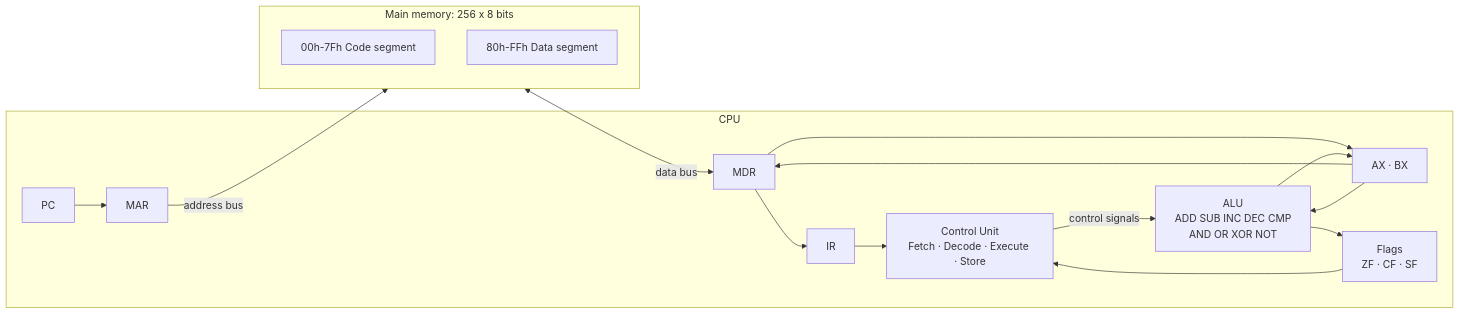
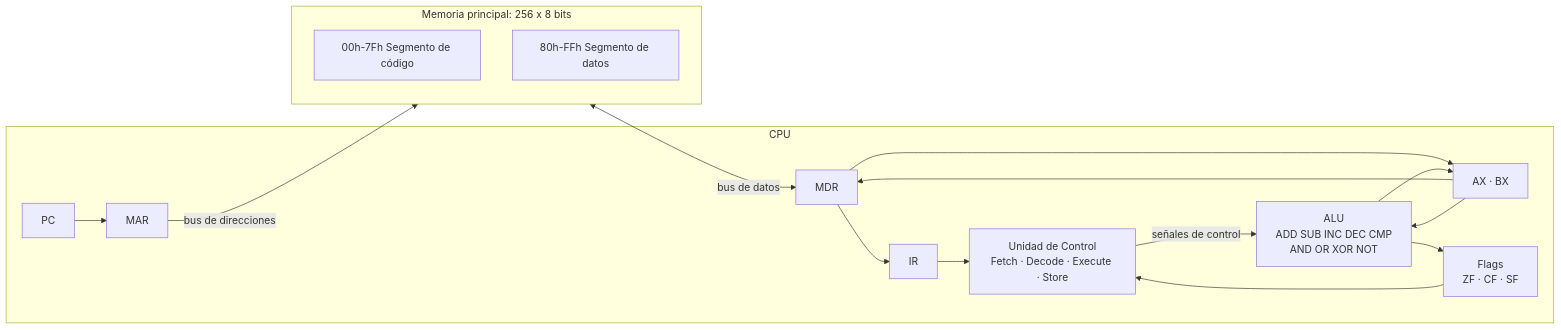
Before and after one commit to PaoQuin/MidTerm1_SIS-131: the diagram in README.md, drawn with Mermaid. The commit also changed other lines of this file, not shown here.

````diff
--- a/README.md
+++ b/README.md
@@ -24,31 +24,31 @@
 ```mermaid
 flowchart LR
     subgraph CPU
-        CU["Control Unit<br/>Fetch · Decode · Execute · Store"]
+        CU["Unidad de Control<br/>Fetch · Decode · Execute · Store"]
         PC["PC"]
         IR["IR"]
         MAR["MAR"]
         MDR["MDR"]
         REG["AX · BX"]
         ALU["ALU<br/>ADD SUB INC DEC CMP<br/>AND OR XOR NOT"]
         FLAGS["Flags<br/>ZF · CF · SF"]
     end
 
-    subgraph RAM["Main memory: 256 x 8 bits"]
-        CODE["00h-7Fh Code segment"]
-        DATA["80h-FFh Data segment"]
+    subgraph RAM["Memoria principal: 256 x 8 bits"]
+        CODE["00h-7Fh Segmento de código"]
+        DATA["80h-FFh Segmento de datos"]
     end
 
     PC --> MAR
-    MAR -->|address bus| RAM
-    RAM <-->|data bus| MDR
+    MAR -->|bus de direcciones| RAM
+    RAM <-->|bus de datos| MDR
     MDR --> IR
     IR --> CU
-    CU -->|control signals| ALU
+    CU -->|señales de control| ALU
     MDR --> REG
     REG --> MDR
     REG --> ALU
     ALU --> REG
     ALU --> FLAGS
     FLAGS --> CU
 ```
````
